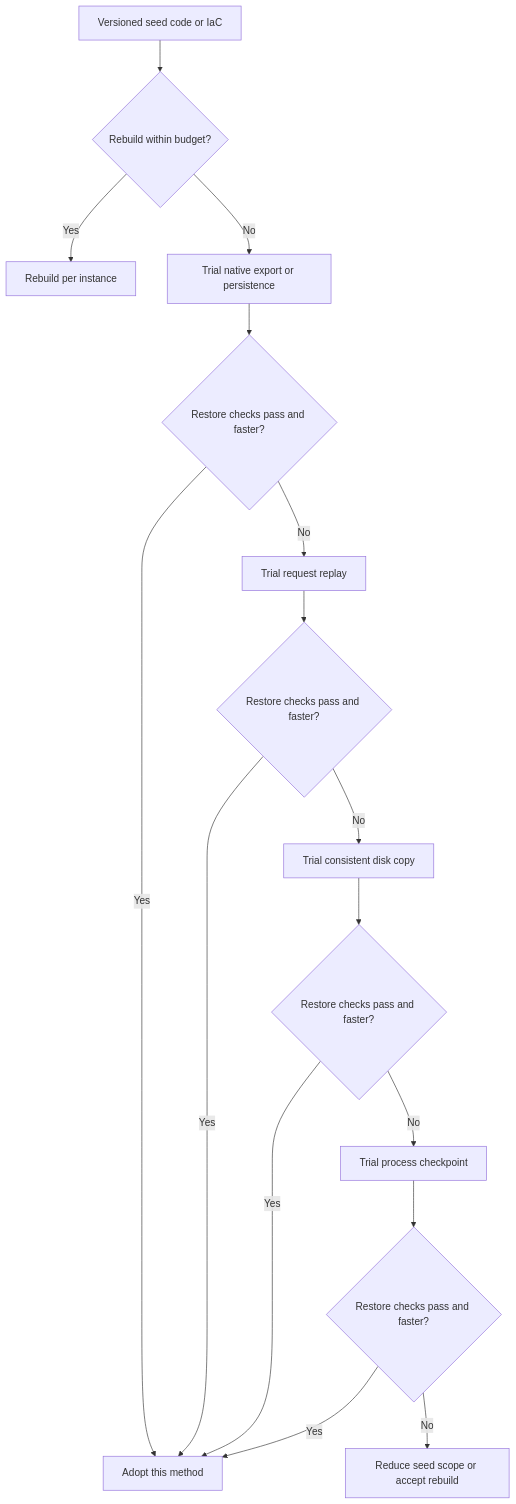
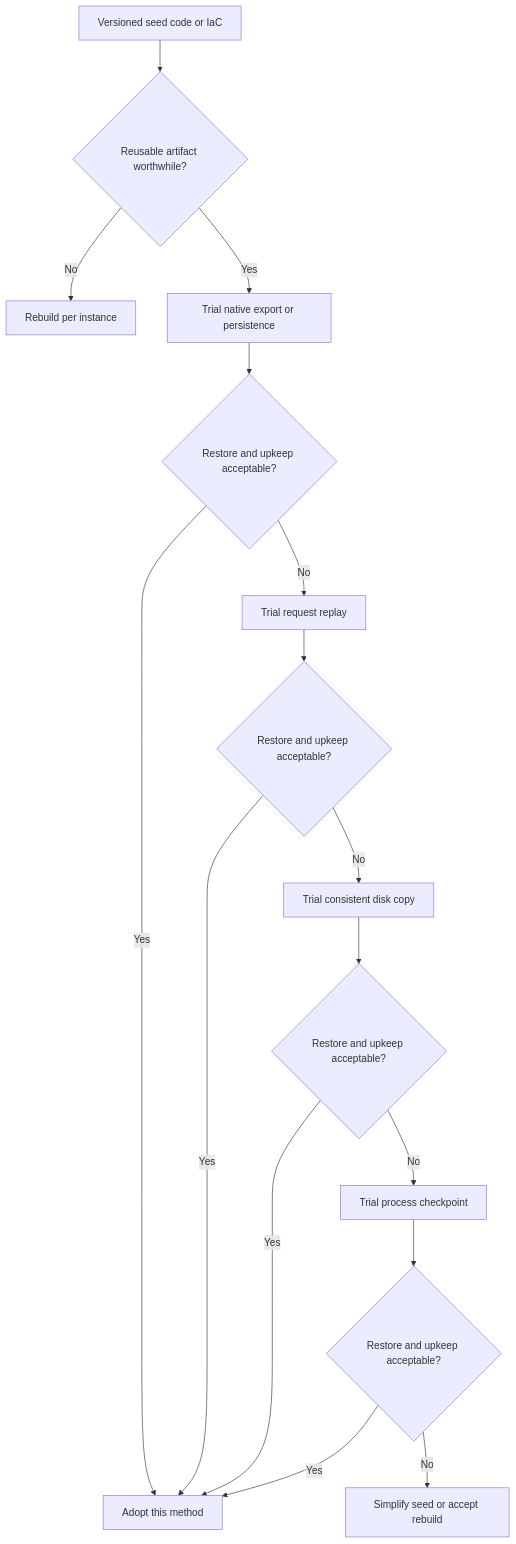
Before and after one commit to dmacvicar/awesome-cloud-emulators: the first of 2 diagrams in docs/reusable-emulator-baselines.md, drawn with Mermaid. The commit also changed other lines of this file and 1 other file, not shown here.

Commit message:
Account for baseline changes and artifact upkeep in reuse decisions

````diff
--- a/docs/reusable-emulator-baselines.md
+++ b/docs/reusable-emulator-baselines.md
@@ -11,20 +11,20 @@
 ```mermaid
 flowchart TD
 accTitle: Choosing a reusable emulator baseline method
-accDescr: Start with a versioned seed. If rebuilding is too slow, try native export or persistence, then request replay, then a consistent disk copy, then a process checkpoint. Adopt only after restore validation; otherwise move to the next option or simplify the seed.
-    A["Versioned seed code or IaC"] --> B{"Rebuild within budget?"}
-    B -->|Yes| C["Rebuild per instance"]
-    B -->|No| D["Trial native export or persistence"]
-    D --> V{"Restore checks pass and faster?"}
+accDescr: Start with a versioned seed. If repeated setup, sharing, or isolation calls for a reusable artifact, try native export or persistence, request replay, a consistent disk copy, then a process checkpoint. Adopt only when restore checks and maintenance economics pass; otherwise try another method or rebuild.
+    A["Versioned seed code or IaC"] --> B{"Reusable artifact worthwhile?"}
+    B -->|No| C["Rebuild per instance"]
+    B -->|Yes| D["Trial native export or persistence"]
+    D --> V{"Restore and upkeep acceptable?"}
     V -->|Yes| Y["Adopt this method"]
     V -->|No| E["Trial request replay"]
-    E --> V2{"Restore checks pass and faster?"}
+    E --> V2{"Restore and upkeep acceptable?"}
     V2 -->|Yes| Y
     V2 -->|No| F["Trial consistent disk copy"]
-    F --> V3{"Restore checks pass and faster?"}
+    F --> V3{"Restore and upkeep acceptable?"}
     V3 -->|Yes| Y
     V3 -->|No| G["Trial process checkpoint"]
-    G --> V4{"Restore checks pass and faster?"}
+    G --> V4{"Restore and upkeep acceptable?"}
     V4 -->|Yes| Y
-    V4 -->|No| H["Reduce seed scope or accept rebuild"]
+    V4 -->|No| H["Simplify seed or accept rebuild"]
 ```
````
